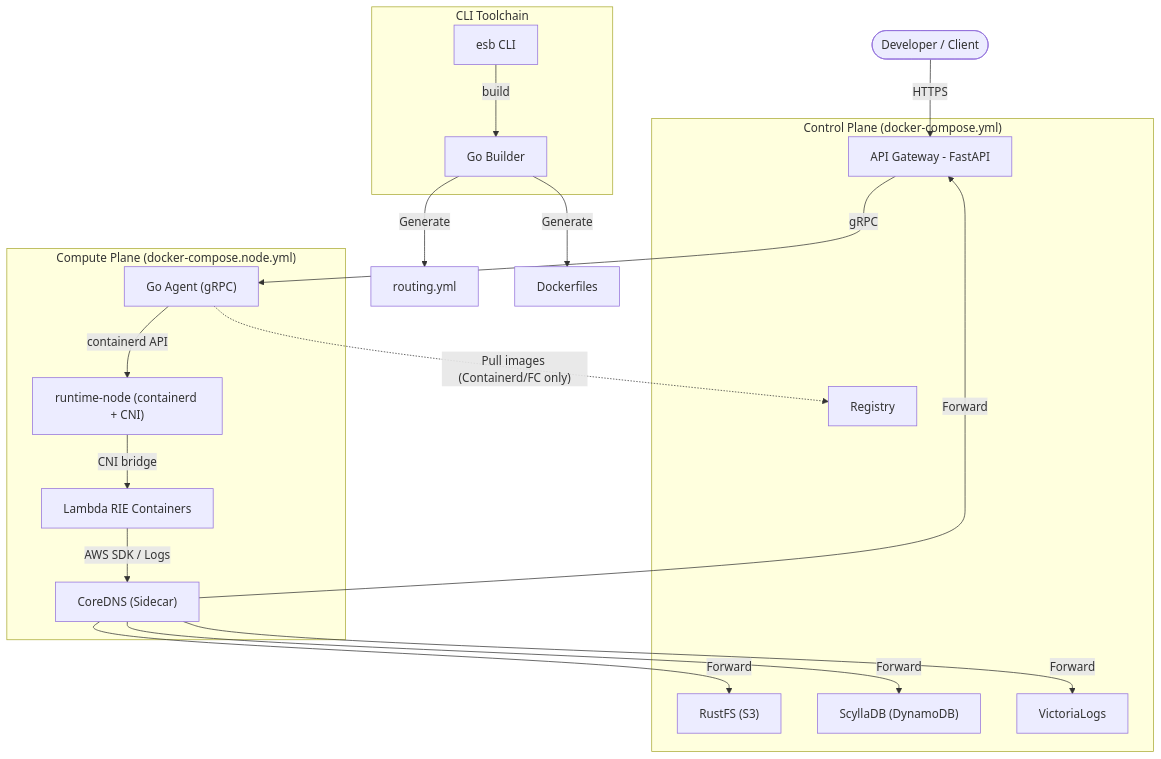
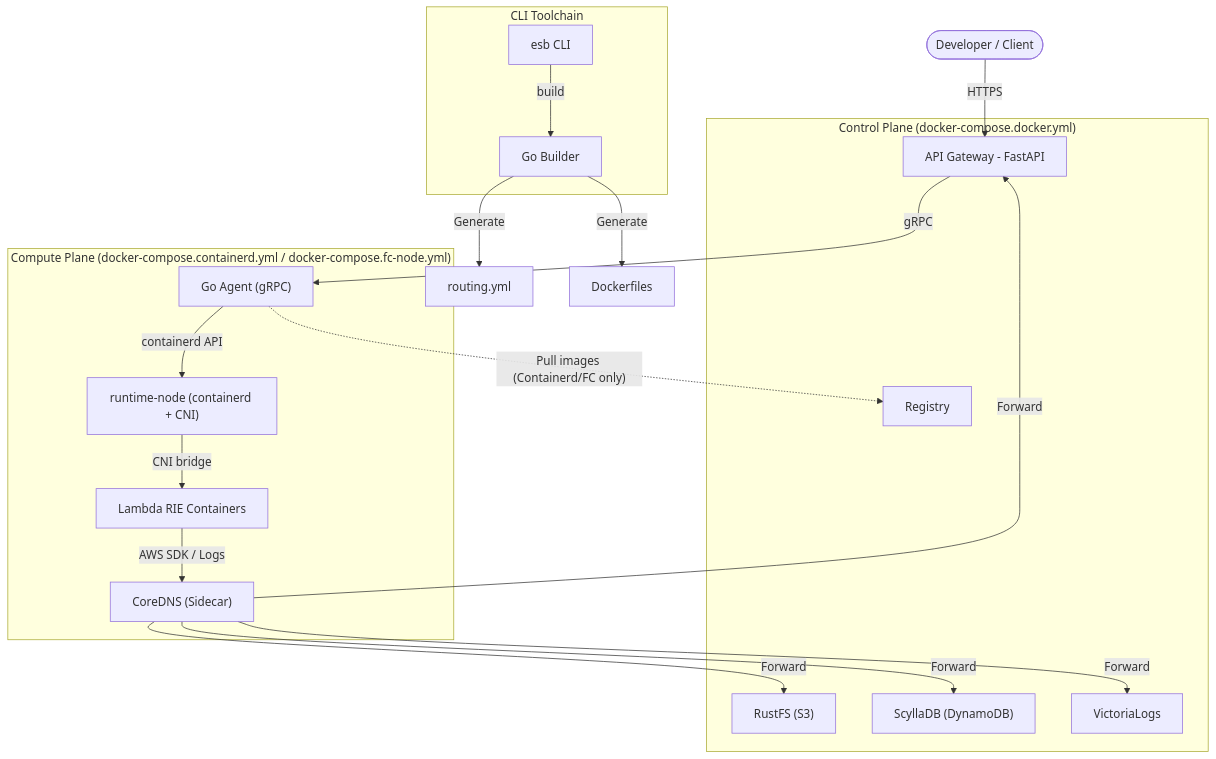
The diagram in README.md (poruru-code/esb), drawn with Mermaid before and after one commit. The commit also changed other lines of this file and 44 other files, not shown here.

````diff
--- a/README.md
+++ b/README.md
@@ -33,36 +33,36 @@
 ```mermaid
 flowchart TD
     User([Developer / Client]) -->|HTTPS| Gateway["API Gateway - FastAPI"]
 
-    subgraph Control ["Control Plane (docker-compose.yml)"]
+    subgraph Control ["Control Plane (docker-compose.docker.yml)"]
         Gateway
         RustFS["RustFS (S3)"]
         ScyllaDB["ScyllaDB (DynamoDB)"]
         VictoriaLogs["VictoriaLogs"]
         Registry["Registry"]
     end
 
-    subgraph Compute ["Compute Plane (docker-compose.node.yml)"]
+    subgraph Compute ["Compute Plane (docker-compose.containerd.yml / docker-compose.fc-node.yml)"]
         RuntimeNode["runtime-node (containerd + CNI)"]
         Agent["Go Agent (gRPC)"]
         CoreDNS["CoreDNS (Sidecar)"]
         LambdaRIE["Lambda RIE Containers"]
     end
 
     Gateway -->|gRPC| Agent
     Agent -->|containerd API| RuntimeNode
     RuntimeNode -->|CNI bridge| LambdaRIE
     LambdaRIE -->|AWS SDK / Logs| CoreDNS
     CoreDNS -->|Forward| Gateway
     CoreDNS -->|Forward| RustFS
     CoreDNS -->|Forward| ScyllaDB
     CoreDNS -->|Forward| VictoriaLogs
     Agent -.->|"Pull images (Containerd/FC only)"| Registry
     
     subgraph Toolchain ["CLI Toolchain"]
         esb[esb CLI] -->|build| GoBuilder[Go Builder]
     end
     
     GoBuilder -->|Generate| Routing[routing.yml]
     GoBuilder -->|Generate| Dockerfiles[Dockerfiles]
 ```
````
